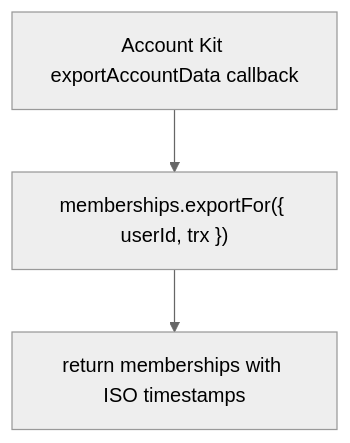
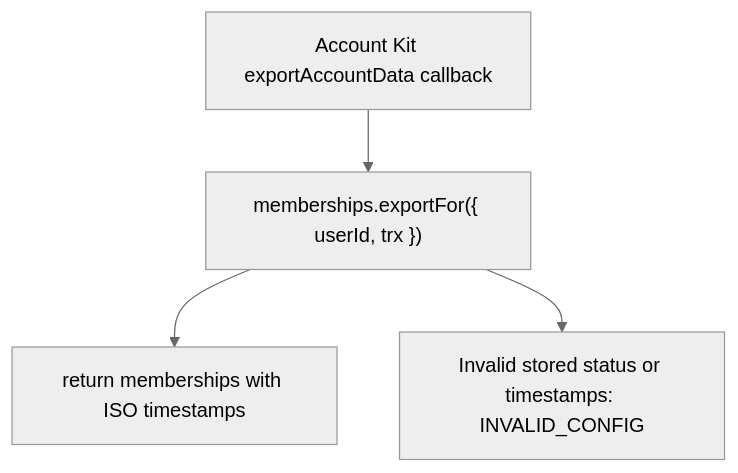
The second of 2 diagrams in user-stories/US-ACCESS-13-integrate-account-lifecycle.md (Kevinjohn/oss-adonisjs-access-control), drawn with Mermaid (neutral theme) before and after one commit. The commit also changed other lines of this file and 31 other files, not shown here.

````diff
--- a/user-stories/US-ACCESS-13-integrate-account-lifecycle.md
+++ b/user-stories/US-ACCESS-13-integrate-account-lifecycle.md
@@ -29,5 +32,6 @@
 ```mermaid
 flowchart TD
     A["Account Kit exportAccountData callback"] --> B["memberships.exportFor({ userId, trx })"]
     B --> C["return memberships with ISO timestamps"]
+    B --> X["Invalid stored status or timestamps: INVALID_CONFIG"]
 ```
````
